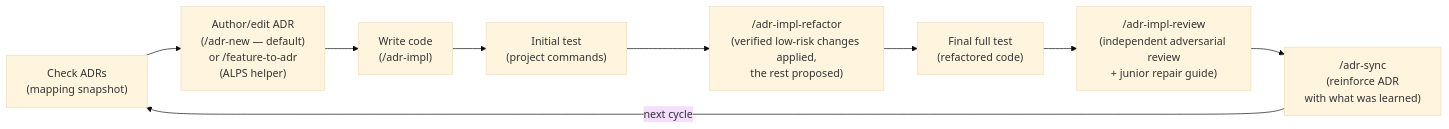
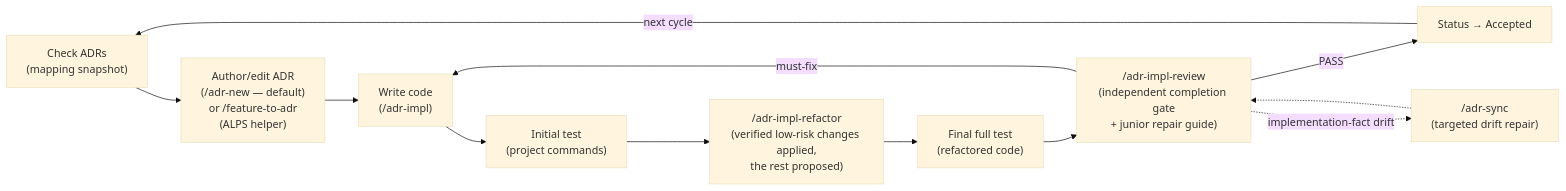
The first of 2 diagrams in docs/usage.md (haandol/alps-writer-mcp), drawn with Mermaid (base theme) before and after one commit. The commit also changed other lines of this file and 35 other files, not shown here.

````diff
--- a/docs/usage.md
+++ b/docs/usage.md
@@ -9,11 +9,14 @@
 ```mermaid
 flowchart LR
     A["Check ADRs<br/>(mapping snapshot)"] --> B["Author/edit ADR<br/>(/adr-new — default)<br/>or /feature-to-adr<br/>(ALPS helper)"]
     B --> C["Write code<br/>(/adr-impl)"]
     C --> D["Initial test<br/>(project commands)"]
     D --> F["/adr-impl-refactor<br/>(verified low-risk changes applied,<br/>the rest proposed)"]
     F --> V["Final full test<br/>(refactored code)"]
-    V --> R["/adr-impl-review<br/>(independent adversarial review<br/>+ junior repair guide)"]
-    R --> E["/adr-sync<br/>(reinforce ADR<br/>with what was learned)"]
-    E -->|next cycle| A
+    V --> R["/adr-impl-review<br/>(independent completion gate<br/>+ junior repair guide)"]
+    R -->|PASS| P["Status → Accepted"]
+    R -->|must-fix| C
+    P -->|next cycle| A
+    R -.->|implementation-fact drift| E["/adr-sync<br/>(targeted drift repair)"]
+    E -.-> R
 ```
````
